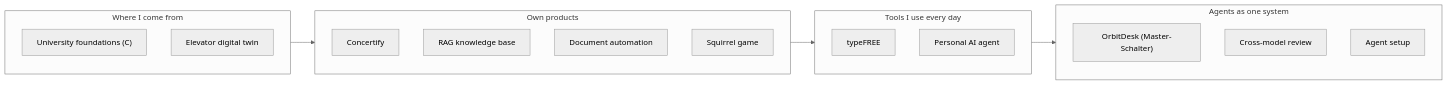
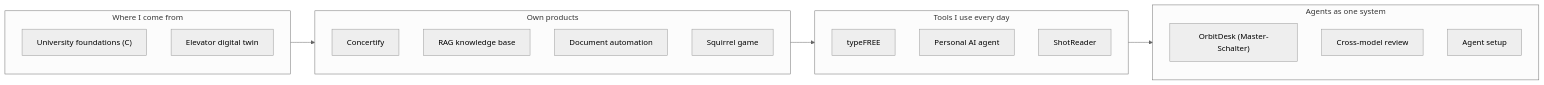
The second of 2 diagrams in README.md (HeartledAgentEngineer/agentic-ai-software-engineering), drawn with Mermaid (neutral theme) before and after one commit. The commit also changed other lines of this file and 4 other files, not shown here.

First line of the commit message:
feat(shotreader): add ShotReader (screenshots read aloud) to the showcase

````diff
--- a/README.md
+++ b/README.md
@@ -81,23 +82,24 @@
 ```mermaid
 graph LR
     subgraph OT["Where I come from"]
         U["University foundations (C)"]
         E["Elevator digital twin"]
     end
     subgraph Products["Own products"]
         C["Concertify"]
         R["RAG knowledge base"]
         D["Document automation"]
         S["Squirrel game"]
     end
     subgraph Daily["Tools I use every day"]
         T["typeFREE"]
         P["Personal AI agent"]
+        SR["ShotReader"]
     end
     subgraph System["Agents as one system"]
         M["OrbitDesk (Master-Schalter)"]
         X["Cross-model review"]
         A["Agent setup"]
     end
     OT --> Products --> Daily --> System
 ```
````
